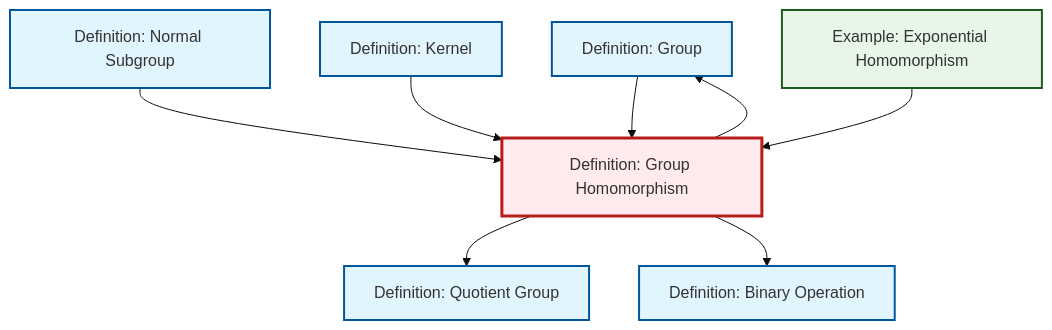
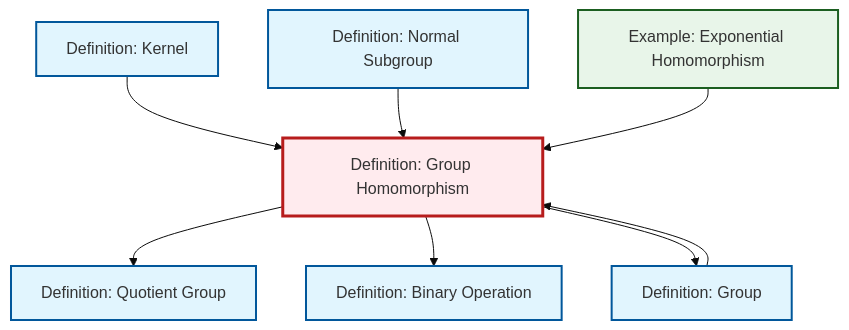
The diagram in content/ja/algebra/def-homomorphism.qmd (RK0429/ModernMath), drawn with Mermaid (base theme) before and after one commit. The commit also changed other lines of this file and 474 other files, not shown here.

````diff
--- a/content/ja/algebra/def-homomorphism.qmd
+++ b/content/ja/algebra/def-homomorphism.qmd
@@ -65,30 +65,30 @@
 ```{mermaid}
 %%| fig-cap: "Local dependency graph"
 graph TD
     classDef definition fill:#e1f5fe,stroke:#01579b,stroke-width:2px
     classDef theorem fill:#f3e5f5,stroke:#4a148c,stroke-width:2px
     classDef axiom fill:#fff3e0,stroke:#e65100,stroke-width:2px
     classDef example fill:#e8f5e9,stroke:#1b5e20,stroke-width:2px
     classDef current fill:#ffebee,stroke:#b71c1c,stroke-width:3px
+    def-quotient-group["Definition: Quotient Group"]:::definition
+    def-kernel["Definition: Kernel"]:::definition
+    def-homomorphism["Definition: Group Homomorphism"]:::definition
+    ex-exponential-homomorphism["Example: Exponential Homomorphism"]:::example
+    def-normal-subgroup["Definition: Normal Subgroup"]:::definition
     def-group["Definition: Group"]:::definition
-    def-homomorphism["Definition: Group Homomorphism"]:::definition
     def-binary-operation["Definition: Binary Operation"]:::definition
-    def-kernel["Definition: Kernel"]:::definition
-    def-normal-subgroup["Definition: Normal Subgroup"]:::definition
-    def-quotient-group["Definition: Quotient Group"]:::definition
-    ex-exponential-homomorphism["Example: Exponential Homomorphism"]:::example
+    def-kernel --> def-homomorphism
+    def-homomorphism --> def-quotient-group
     def-normal-subgroup --> def-homomorphism
-    def-homomorphism --> def-quotient-group
+    def-homomorphism --> def-binary-operation
     def-group --> def-homomorphism
-    def-kernel --> def-homomorphism
-    def-homomorphism --> def-binary-operation
+    def-homomorphism --> def-group
     ex-exponential-homomorphism --> def-homomorphism
-    def-homomorphism --> def-group
     class def-homomorphism current
+    click def-quotient-group "def-quotient-group.html" "Definition: Quotient Groupへ"
+    click def-kernel "def-kernel.html" "Definition: Kernelへ"
+    click ex-exponential-homomorphism "ex-exponential-homomorphism.html" "Example: Exponential Homomorphismへ"
+    click def-normal-subgroup "def-normal-subgroup.html" "Definition: Normal Subgroupへ"
     click def-group "def-group.html" "Definition: Groupへ"
     click def-binary-operation "def-binary-operation.html" "Definition: Binary Operationへ"
-    click def-kernel "def-kernel.html" "Definition: Kernelへ"
-    click def-normal-subgroup "def-normal-subgroup.html" "Definition: Normal Subgroupへ"
-    click def-quotient-group "def-quotient-group.html" "Definition: Quotient Groupへ"
-    click ex-exponential-homomorphism "ex-exponential-homomorphism.html" "Example: Exponential Homomorphismへ"
 ```
````
